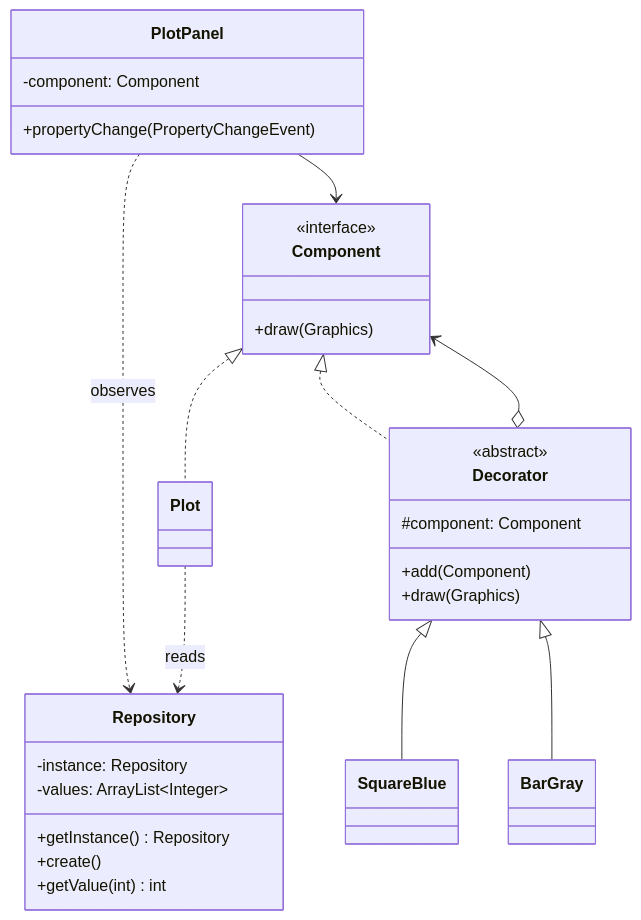
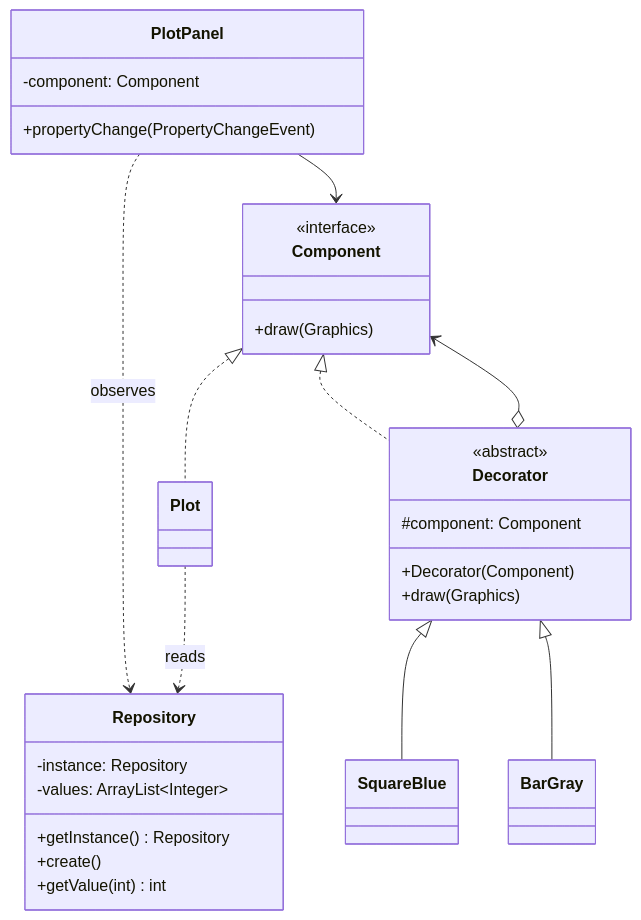
The first of 2 diagrams in docs/architecture.md (csc-3100/edu-plotter), drawn with Mermaid before and after one commit. The commit also changed other lines of this file and 10 other files, not shown here.

````diff
--- a/docs/architecture.md
+++ b/docs/architecture.md
@@ -5,35 +5,35 @@
 ```mermaid
 classDiagram
     class Component {
       <<interface>>
       +draw(Graphics)
     }
     class Decorator {
       <<abstract>>
       #component: Component
-      +add(Component)
+      +Decorator(Component)
       +draw(Graphics)
     }
     class Plot
     class SquareBlue
     class BarGray
     class PlotPanel {
       -component: Component
       +propertyChange(PropertyChangeEvent)
     }
     class Repository {
       -instance: Repository
       -values: ArrayList~Integer~
       +getInstance() Repository
       +create()
       +getValue(int) int
     }
     Component <|.. Plot
     Component <|.. Decorator
     Decorator <|-- SquareBlue
     Decorator <|-- BarGray
     Decorator o--> Component
     PlotPanel --> Component
     PlotPanel ..> Repository : observes
     Plot ..> Repository : reads
 ```
````
